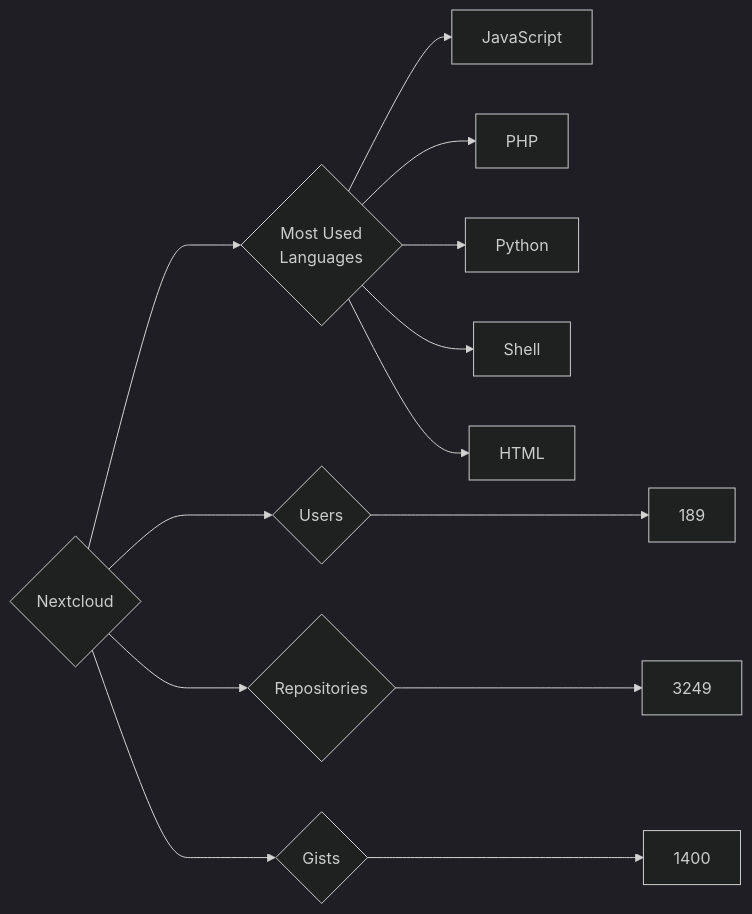
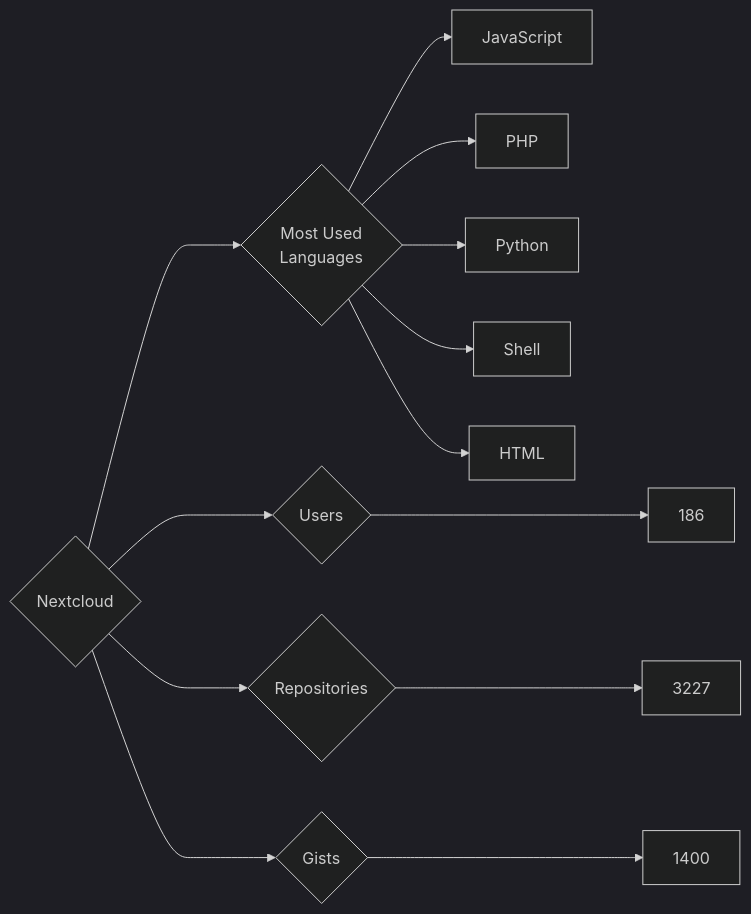
Before and after one commit to trickest/insiders: the diagram in targets/Nextcloud/README.md, drawn with Mermaid (dark theme). The commit also changed 814 other files, not shown here.

````diff
--- a/targets/Nextcloud/README.md
+++ b/targets/Nextcloud/README.md
@@ -3,13 +3,13 @@
 ```mermaid
 graph LR
 COMPANY_NAME{Nextcloud}
-COMPANY_NAME ---> U{Users} ---> UN[189]
-COMPANY_NAME ---> R{Repositories} ---> RN[3249]
+COMPANY_NAME ---> U{Users} ---> UN[186]
+COMPANY_NAME ---> R{Repositories} ---> RN[3227]
 COMPANY_NAME ---> G{Gists} ---> GN[1400]
 COMPANY_NAME ---> ML{Most Used<br>Languages}
 ML --> JavaScript[JavaScript]
 ML --> PHP[PHP]
 ML --> Python[Python]
 ML --> Shell[Shell]
 ML --> HTML[HTML]
 ```
````
